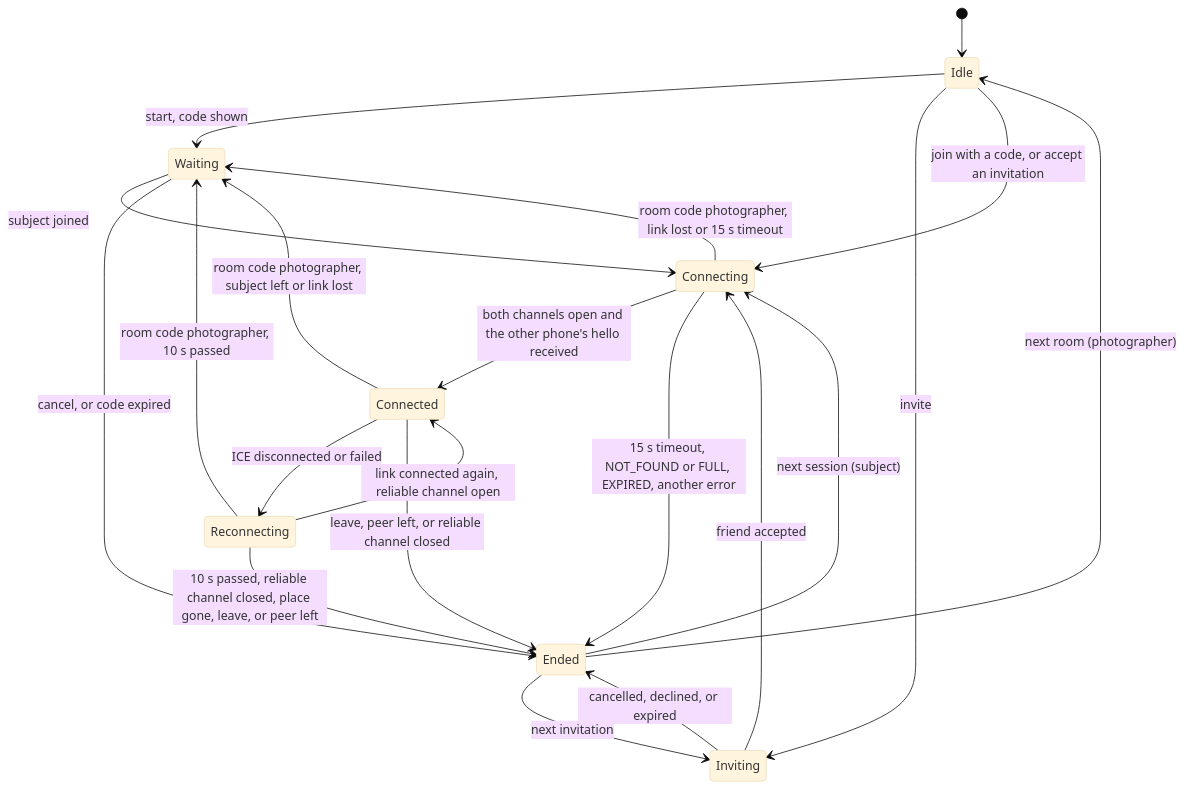
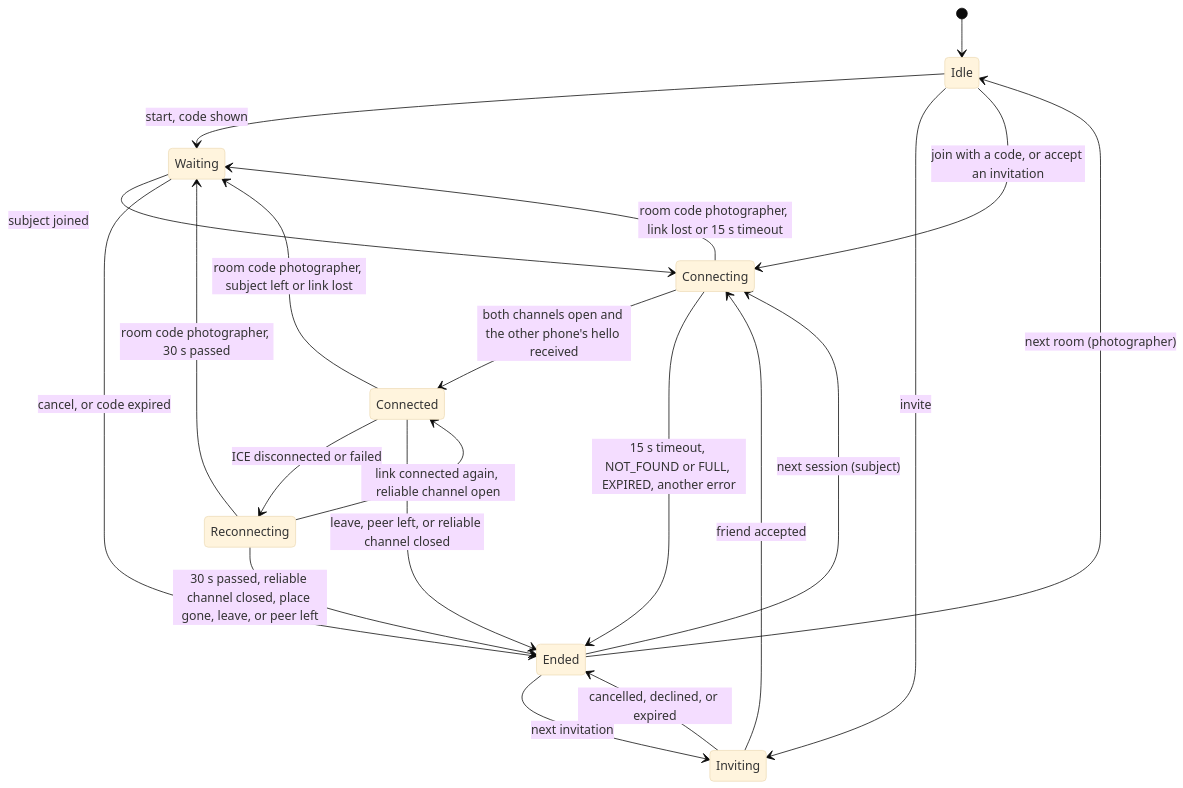
Diagram 11 of 14 in wiki/Design-Documentation.md (snuhcs-course/swpp-2026-project-team-10), drawn with Mermaid (base theme) before and after one commit. The commit also changed other lines of this file and 16 other files, not shown here.

````diff
--- a/wiki/Design-Documentation.md
+++ b/wiki/Design-Documentation.md
@@ -1525,23 +1526,23 @@
 ```mermaid
 stateDiagram-v2
   [*] --> Idle
   Idle --> Waiting: start, code shown
   Idle --> Inviting: invite
   Idle --> Connecting: join with a code, or accept an invitation
   Waiting --> Connecting: subject joined
   Waiting --> Ended: cancel, or code expired
   Inviting --> Connecting: friend accepted
   Inviting --> Ended: cancelled, declined, or expired
   Connecting --> Connected: both channels open and the other phone's hello received
   Connecting --> Waiting: room code photographer, link lost or 15 s timeout
   Connecting --> Ended: 15 s timeout, NOT_FOUND or FULL, EXPIRED, another error
   Connected --> Reconnecting: ICE disconnected or failed
   Connected --> Waiting: room code photographer, subject left or link lost
   Reconnecting --> Connected: link connected again, reliable channel open
-  Reconnecting --> Waiting: room code photographer, 10 s passed
-  Reconnecting --> Ended: 10 s passed, reliable channel closed, place gone, leave, or peer left
+  Reconnecting --> Waiting: room code photographer, 30 s passed
+  Reconnecting --> Ended: 30 s passed, reliable channel closed, place gone, leave, or peer left
   Connected --> Ended: leave, peer left, or reliable channel closed
   Ended --> Idle: next room (photographer)
   Ended --> Inviting: next invitation
   Ended --> Connecting: next session (subject)
 ```
````
